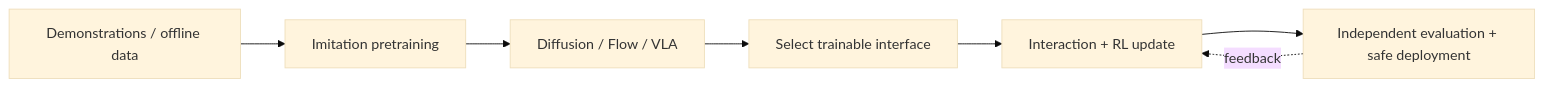
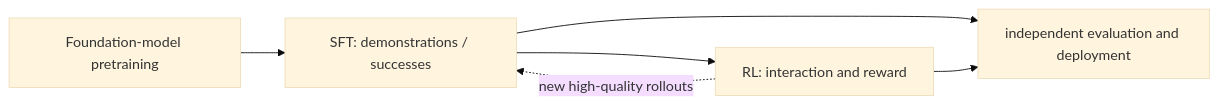
Before and after one commit to zengxiong111/zengxiong.github.io: the first of 4 diagrams in files/RL_Post_Training_EN.md, drawn with Mermaid (base theme). The commit also changed other lines of this file and 7 other files, not shown here.

````diff
--- a/files/RL_Post_Training_EN.md
+++ b/files/RL_Post_Training_EN.md
@@ -17,9 +47,8 @@
 ```mermaid
 flowchart LR
-  D["Demonstrations / offline data"] --> P["Imitation pretraining"]
-  P --> B["Diffusion / Flow / VLA"]
-  B --> I["Select trainable interface"]
-  I --> T["Interaction + RL update"]
-  T --> E["Independent evaluation + safe deployment"]
-  E -.->|feedback| T
+  P["Foundation-model pretraining"] --> S["SFT: demonstrations / successes"]
+  S --> R["RL: interaction and reward"]
+  R -.->|"new high-quality rollouts"| S
+  S --> V["independent evaluation and deployment"]
+  R --> V
 ```
````
